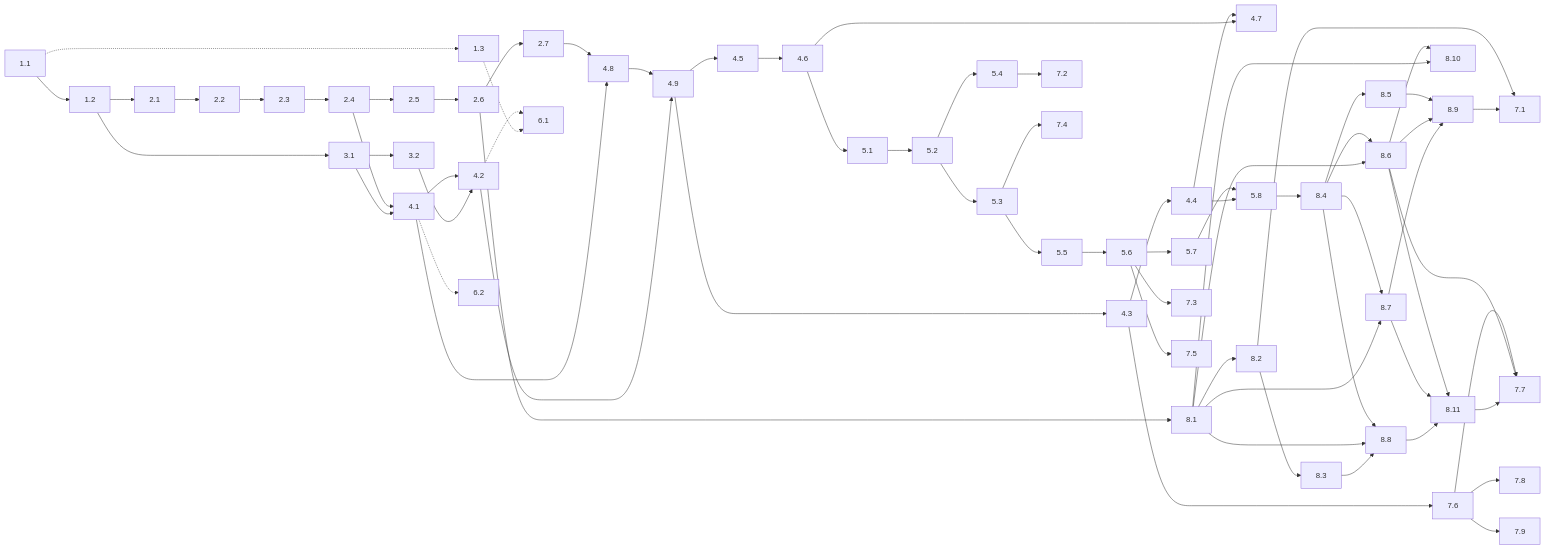
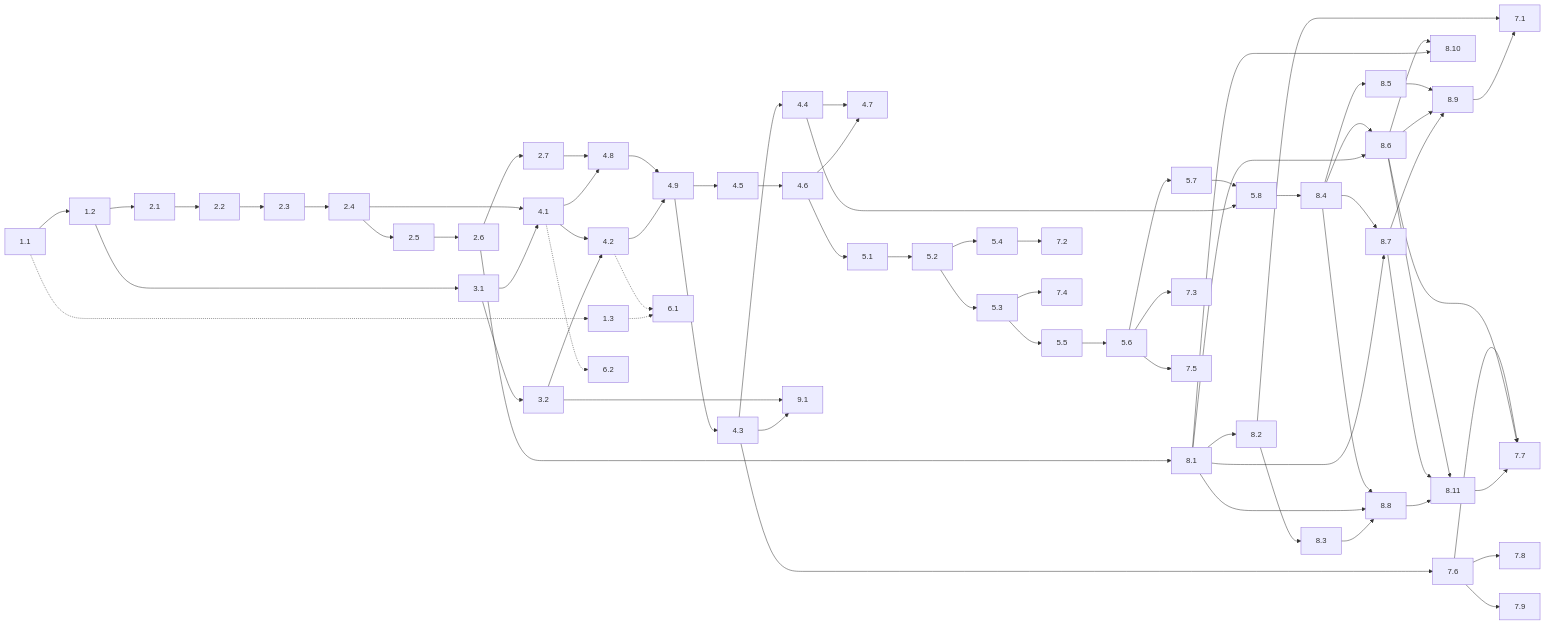
One commit to JacobHayes/cairn changed the diagram in briefs/README.md. Above: the diagram before and after it, drawn with Mermaid. The commit also changed other lines of this file and 35 other files, not shown here.

````diff
--- a/briefs/README.md
+++ b/briefs/README.md
@@ -79,36 +80,37 @@
 ```mermaid
 flowchart LR
     s11[1.1] --> s12[1.2] --> s21[2.1] --> s22[2.2] --> s23[2.3] --> s24[2.4] --> s25[2.5] --> s26[2.6] --> s27[2.7]
     s11 -.-> s13[1.3]
     s12 --> s31[3.1] --> s32[3.2]
     s24 & s31 --> s41[4.1] --> s42[4.2]
     s32 --> s42
     s27 & s41 --> s48[4.8]
     s48 & s42 --> s49[4.9]
     s49 --> s43[4.3] --> s44[4.4]
     s49 --> s45[4.5] --> s46[4.6]
     s44 & s46 --> s47[4.7]
     s46 --> s51[5.1] --> s52[5.2] --> s53[5.3] --> s55[5.5] --> s56[5.6] --> s57[5.7] --> s58[5.8]
     s52 --> s54[5.4]
     s44 --> s58
     s42 & s13 -.-> s61[6.1]
     s41 -.-> s62[6.2]
     s26 --> s81[8.1] --> s82[8.2] --> s83[8.3]
     s58 --> s84[8.4]
     s84 --> s85[8.5]
     s84 & s81 --> s86[8.6]
     s84 & s81 --> s87[8.7]
     s84 & s81 & s83 --> s88[8.8]
     s85 & s86 & s87 --> s89[8.9]
     s86 & s81 --> s810[8.10]
     s86 & s87 & s88 --> s811[8.11]
     s82 & s89 --> s71[7.1]
     s54 --> s72[7.2]
     s56 --> s73[7.3]
     s53 --> s74[7.4]
     s56 --> s75[7.5]
     s43 --> s76[7.6]
     s76 & s86 & s811 --> s77[7.7]
     s76 --> s78[7.8]
     s76 --> s79[7.9]
+    s32 & s43 --> s91[9.1]
 ```
````
